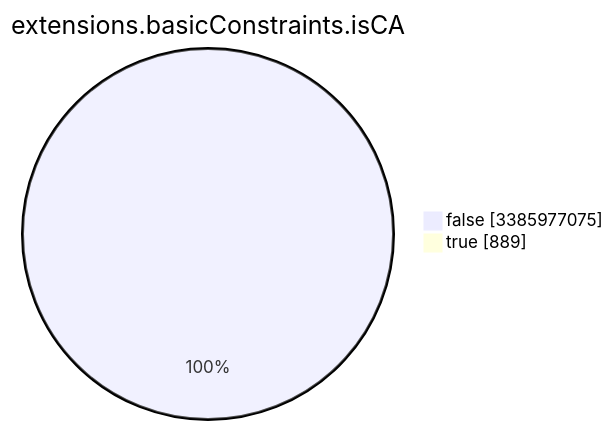
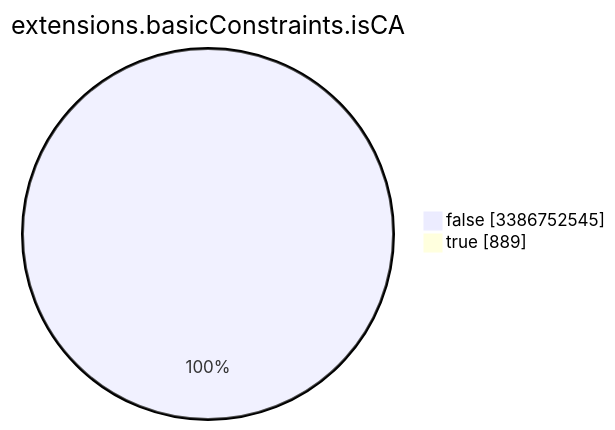
The seventh of 15 diagrams in TOTAL/README.md (christiankrug/ctmonitor_visualization), drawn with Mermaid before and after one commit. The commit also changed other lines of this file, not shown here.

````diff
--- a/TOTAL/README.md
+++ b/TOTAL/README.md
@@ -3090,6 +3090,6 @@
 ```mermaid
 pie showData
 title extensions.basicConstraints.isCA
-"false" :3385977075
+"false" :3386752545
 "true" :889
 ```
````
